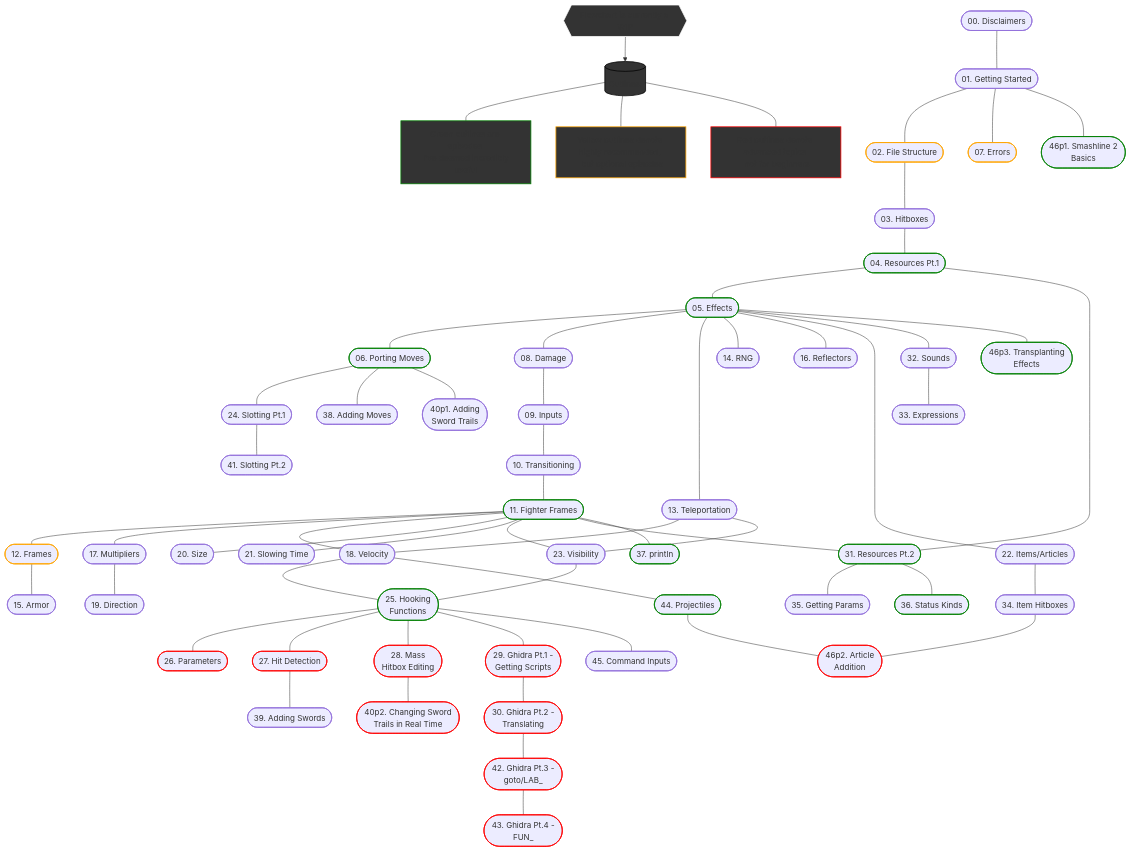
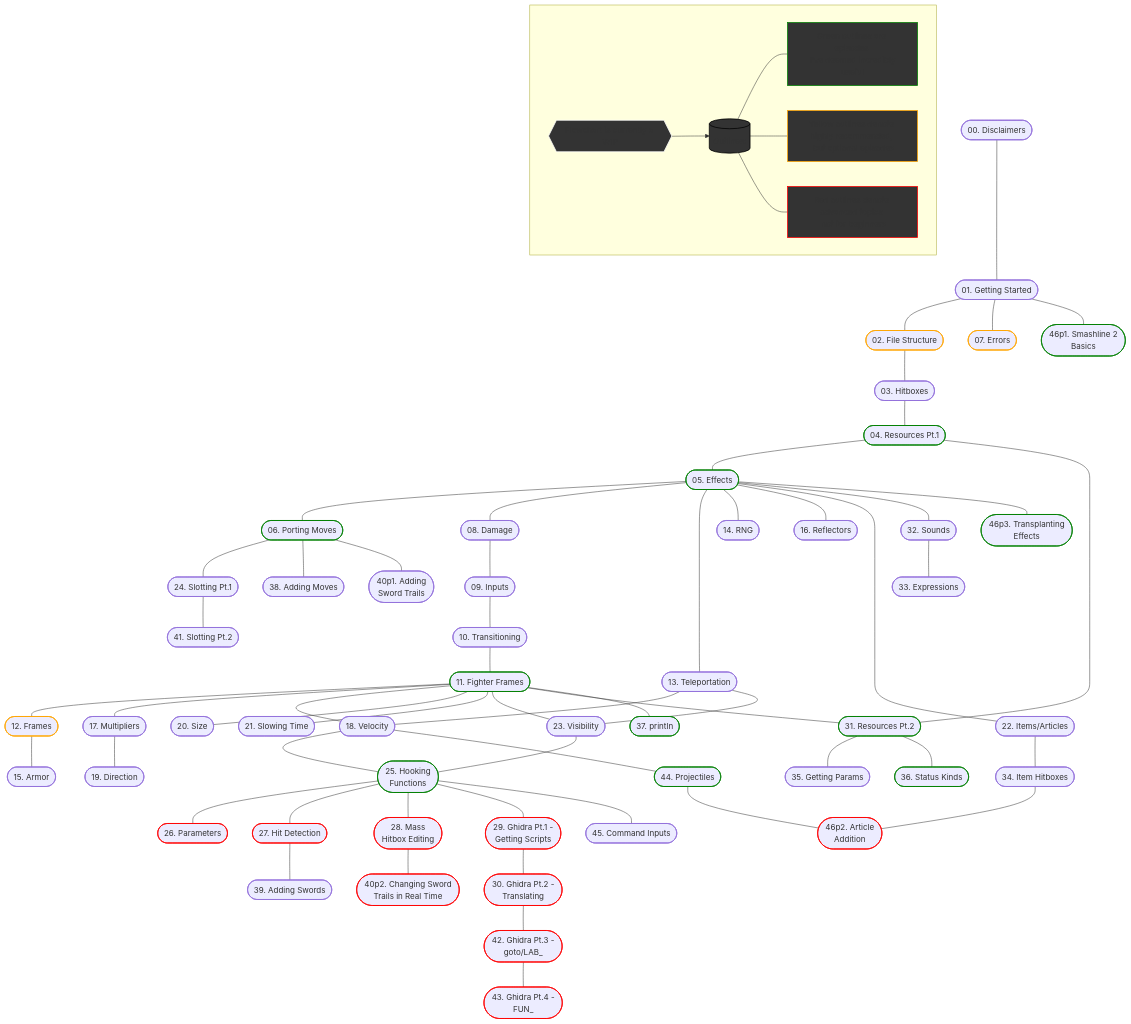
The diagram in EpisodeOrder.md (LilyLavender/ssbu-mod-workshop), drawn with Mermaid before and after one commit.

Commit message:
Added subgraph for tooltips

```diff
--- a/EpisodeOrder.md
+++ b/EpisodeOrder.md
@@ -21,10 +21,12 @@
     %% Todo: Add some notes about where to start 
 
     %% Connections
-    tt1 --> tt2
-    tt2 --- tt3
-    tt2 --- tt4
-    tt2 --- tt5
+    subgraph identifier[" "]
+        tt1 --> tt2
+        tt2 --- tt3
+        tt2 --- tt4
+        tt2 --- tt5
+    end
 
     %% Class Additions
     class tt1,tt2,tt3,tt4,tt5 toolTip
```
